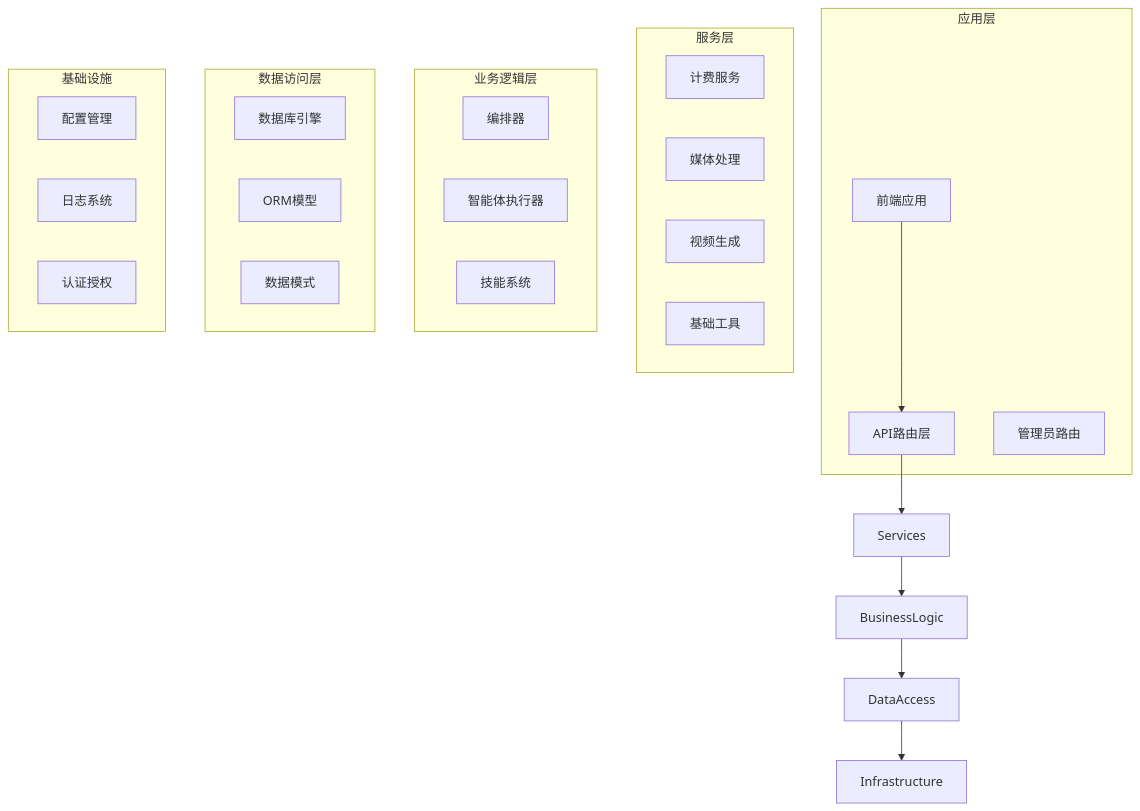
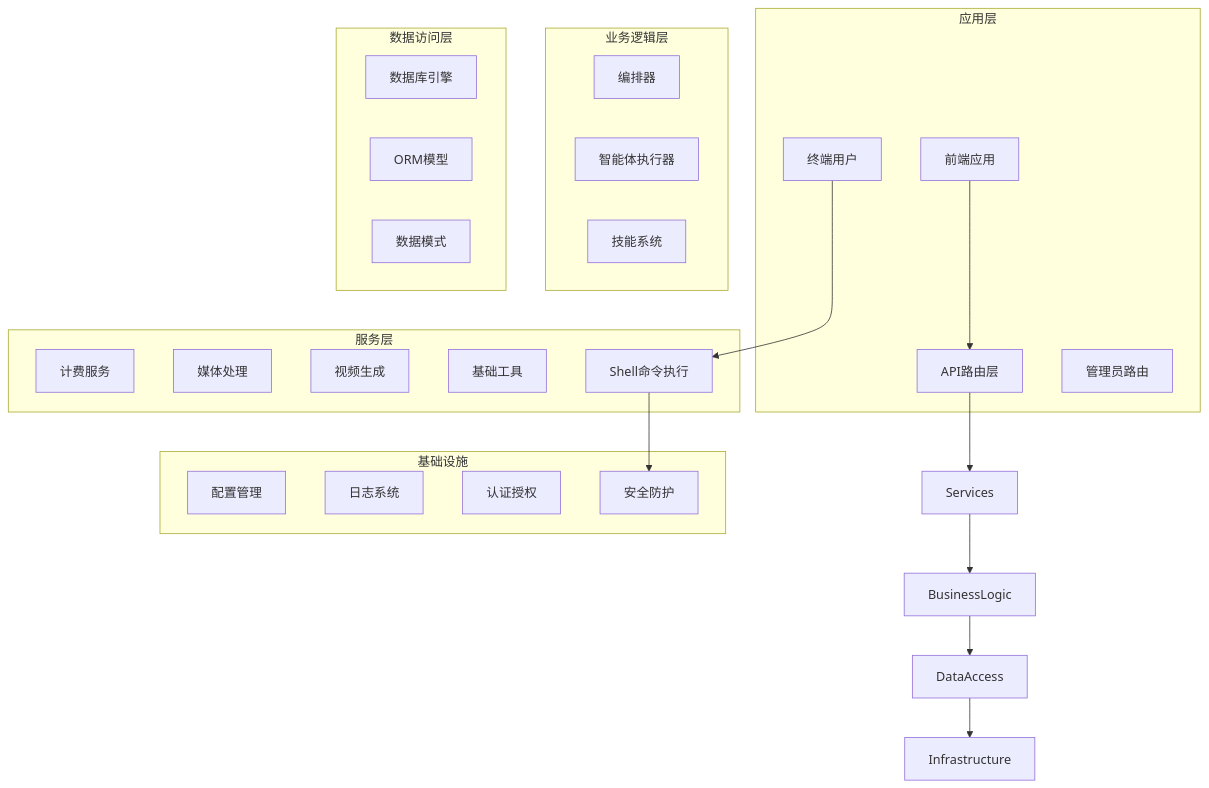
Before and after one commit to KunLabAI/KunFlix: the first of 11 diagrams in .qoder/repowiki/zh/content/后端开发指南/基础工具服务.md, drawn with Mermaid. The commit also changed other lines of this file and 43 other files, not shown here.

````diff
--- a/.qoder/repowiki/zh/content/后端开发指南/基础工具服务.md
+++ b/.qoder/repowiki/zh/content/后端开发指南/基础工具服务.md
@@ -43,34 +49,39 @@
 ```mermaid
 graph TB
 subgraph "应用层"
 API[API路由层]
 Admin[管理员路由]
 Frontend[前端应用]
+EndUser[终端用户]
 end
 subgraph "服务层"
 Billing[计费服务]
 Media[媒体处理]
 VideoGen[视频生成]
 Tools[基础工具]
+Shell[Shell命令执行]
 end
 subgraph "业务逻辑层"
 Orchestrator[编排器]
 AgentExecutor[智能体执行器]
 Skills[技能系统]
 end
 subgraph "数据访问层"
 Database[数据库引擎]
 Models[ORM模型]
 Schemas[数据模式]
 end
 subgraph "基础设施"
 Config[配置管理]
 Logging[日志系统]
 Auth[认证授权]
+Security[安全防护]
 end
 Frontend --> API
 API --> Services
 Services --> BusinessLogic
 BusinessLogic --> DataAccess
 DataAccess --> Infrastructure
+EndUser --> Shell
+Shell --> Security
 ```
````
